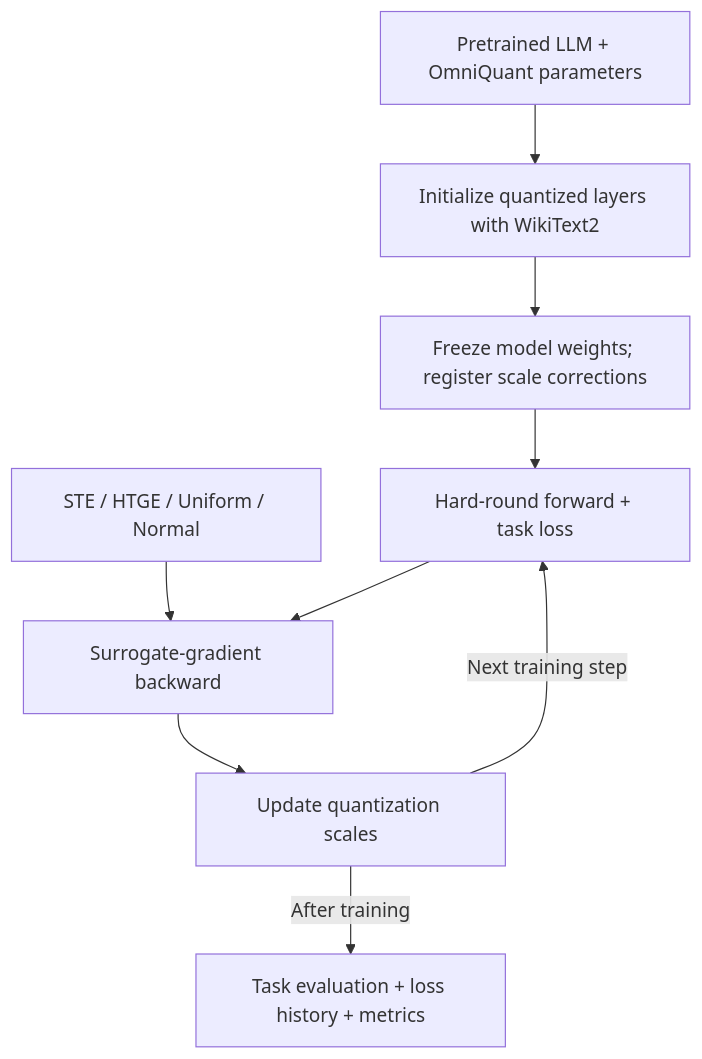
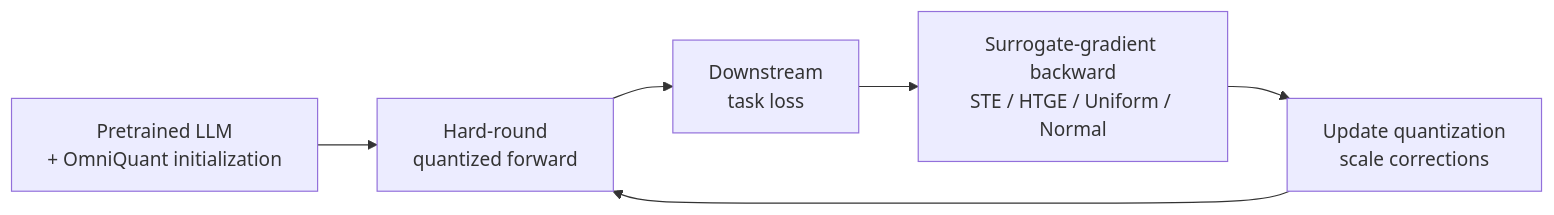
The diagram in README.md (wangwk699/ZOE_Grad), drawn with Mermaid before and after one commit. The commit also changed other lines of this file and 1 other file, not shown here.

````diff
--- a/README.md
+++ b/README.md
@@ -47,11 +11,8 @@
 ```mermaid
-flowchart TD
-    A["Pretrained LLM + OmniQuant parameters"] --> B["Initialize quantized layers with WikiText2"]
-    B --> C["Freeze model weights; register scale corrections"]
-    C --> D["Hard-round forward + task loss"]
-    M["STE / HTGE / Uniform / Normal"] --> E["Surrogate-gradient backward"]
-    D --> E
-    E --> F["Update quantization scales"]
-    F -->|"Next training step"| D
-    F -->|"After training"| G["Task evaluation + loss history + metrics"]
+flowchart LR
+    A["Pretrained LLM<br/>+ OmniQuant initialization"] --> B["Hard-round<br/>quantized forward"]
+    B --> C["Downstream<br/>task loss"]
+    C --> D["Surrogate-gradient backward<br/>STE / HTGE / Uniform / Normal"]
+    D --> E["Update quantization<br/>scale corrections"]
+    E --> B
 ```
````
